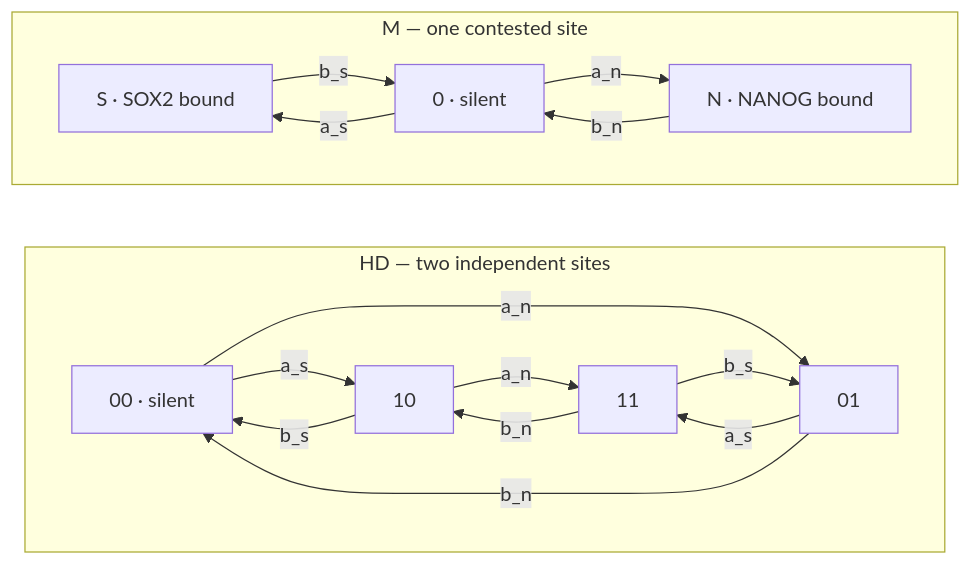
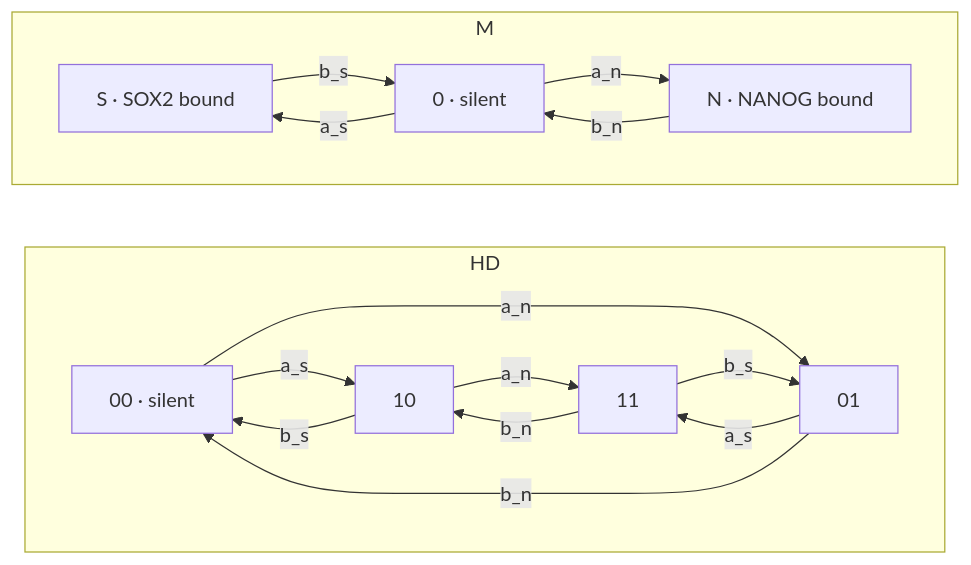
Before and after one commit to pacifistsilver/1d-spatial-gillespie: the diagram in README.md, drawn with Mermaid. The commit also changed other lines of this file and 1 other file, not shown here.

First line of the commit message:
feat(inference): compare topologies by independent fits and marginal likelihood

````diff
--- a/README.md
+++ b/README.md
@@ -31,21 +31,21 @@
 ```mermaid
 graph LR
-  subgraph HD["HD — two independent sites"]
+  subgraph HD["HD"]
     direction LR
     A["00 · silent"] -->|a_s| B["10"]
     A -->|a_n| C["01"]
     B -->|a_n| D["11"]
     C -->|a_s| D
     B -->|b_s| A
     C -->|b_n| A
     D -->|b_n| B
     D -->|b_s| C
   end
-  subgraph M["M — one contested site"]
+  subgraph M["M"]
     direction LR
     S["S · SOX2 bound"] -->|b_s| Z["0 · silent"]
     Z -->|a_s| S
     Z -->|a_n| N["N · NANOG bound"]
     N -->|b_n| Z
   end
 ```
````
